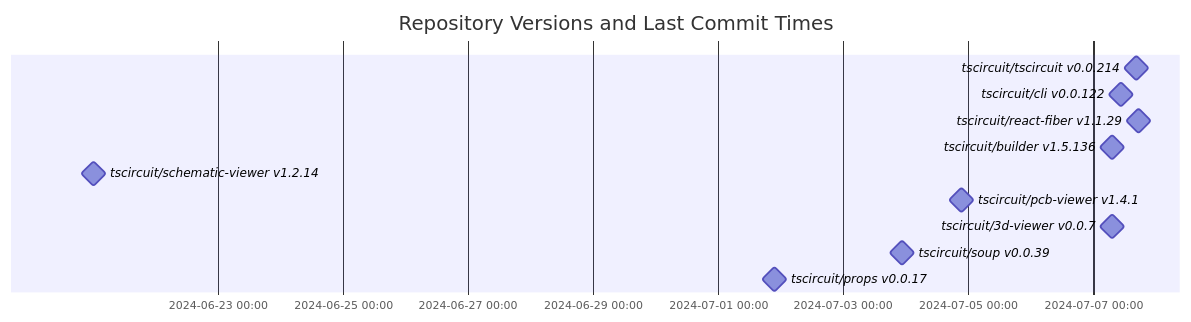
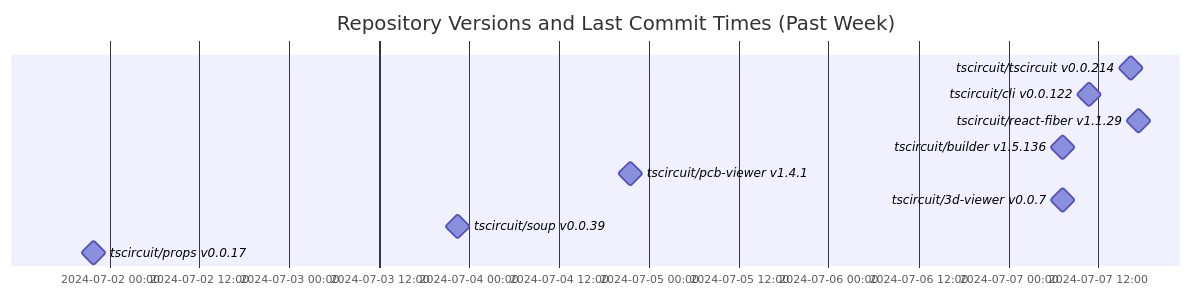
The diagram in README.md (tscircuit/version-tracker), drawn with Mermaid before and after one commit. The commit also changed 1 other file, not shown here.

Commit message:
only show commits this week

````diff
--- a/README.md
+++ b/README.md
@@ -1,16 +1,15 @@
 ```mermaid
 gantt
   dateFormat  YYYY-MM-DD HH:mm:ss
-  title Repository Versions and Last Commit Times
+  title Repository Versions and Last Commit Times (Past Week)
   axisFormat %Y-%m-%d %H:%M
 
   tscircuit/tscircuit v0.0.214 : milestone, 2024-07-07 16:23:38, 1s
   tscircuit/cli v0.0.122 : milestone, 2024-07-07 10:48:24, 1s
   tscircuit/react-fiber v1.1.29 : milestone, 2024-07-07 17:23:26, 1s
   tscircuit/builder v1.5.136 : milestone, 2024-07-07 07:13:19, 1s
-  tscircuit/schematic-viewer v1.2.14 : milestone, 2024-06-21 00:20:24, 1s
   tscircuit/pcb-viewer v1.4.1 : milestone, 2024-07-04 21:31:51, 1s
   tscircuit/3d-viewer v0.0.7 : milestone, 2024-07-07 07:13:23, 1s
   tscircuit/soup v0.0.39 : milestone, 2024-07-03 22:27:43, 1s
   tscircuit/props v0.0.17 : milestone, 2024-07-01 21:50:17, 1s
 ```
````
